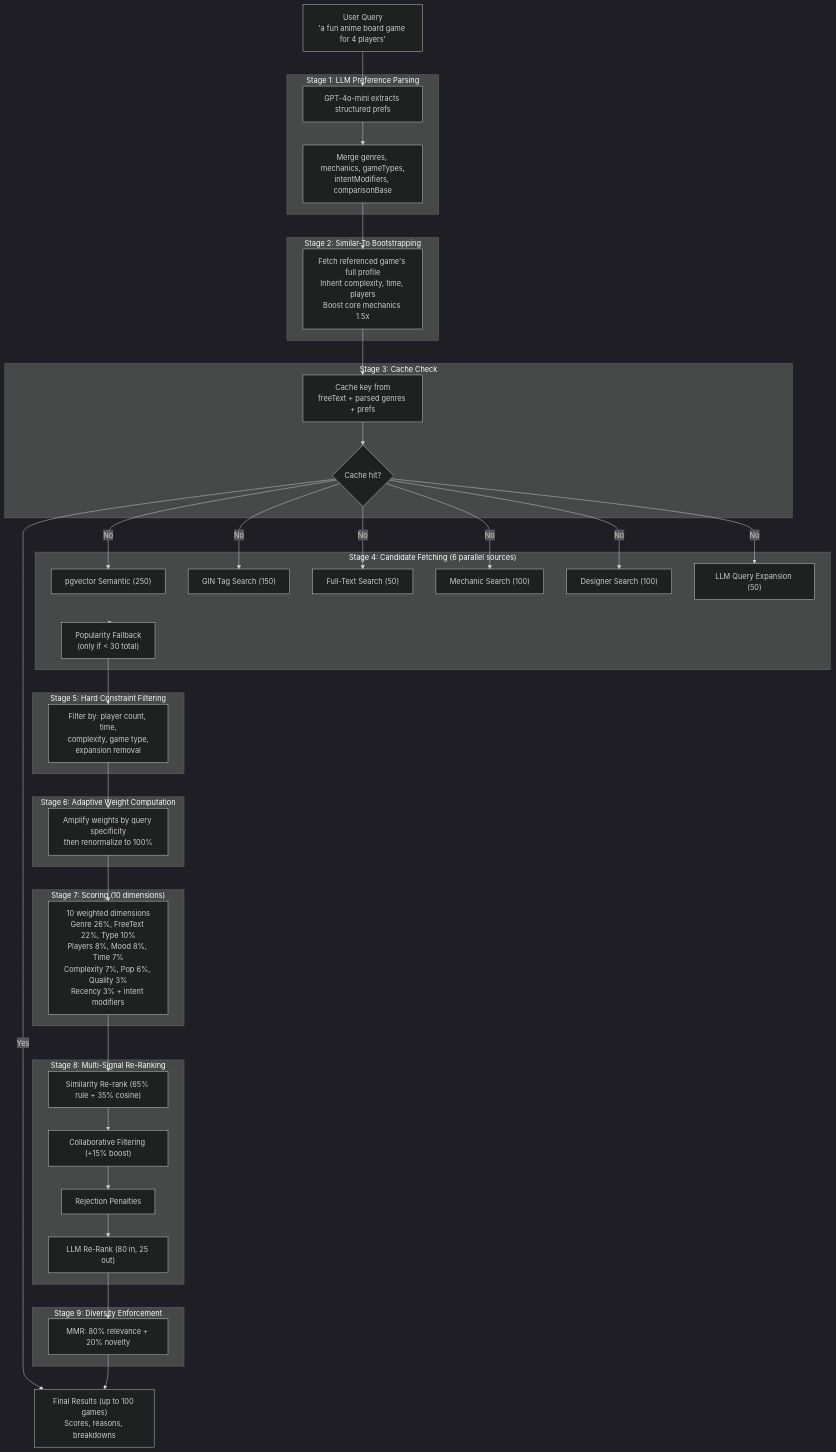
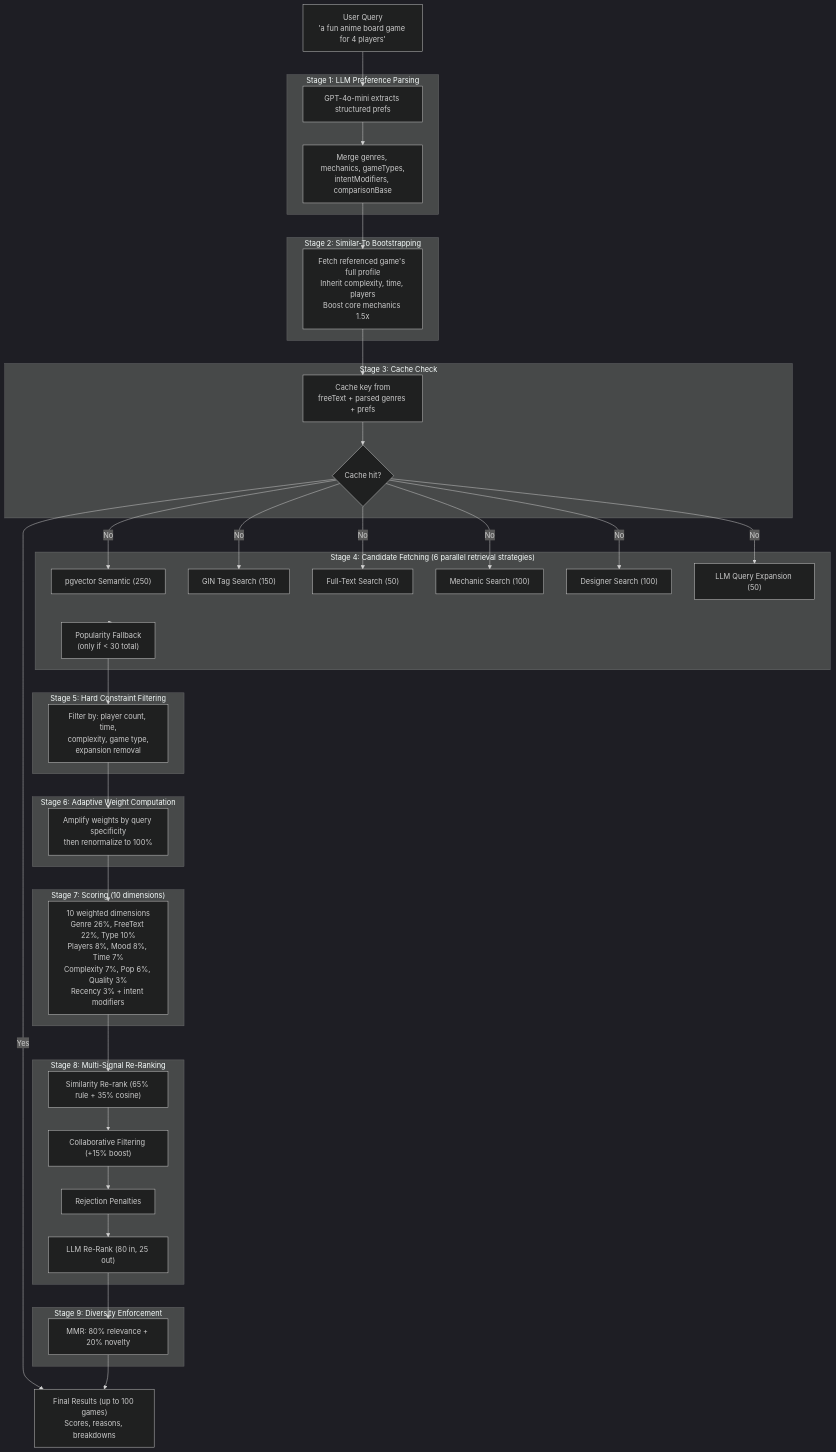
The second of 7 diagrams in docs/ARCHITECTURE.md (stopitdan/recommendagame), drawn with Mermaid (dark theme) before and after one commit. The commit also changed other lines of this file and 11 other files, not shown here.

````diff
--- a/docs/ARCHITECTURE.md
+++ b/docs/ARCHITECTURE.md
@@ -82,59 +85,59 @@
 ```mermaid
 flowchart TD
     INPUT["User Query<br/>'a fun anime board game for 4 players'"]
 
     subgraph S1["Stage 1: LLM Preference Parsing"]
         LLM["GPT-4o-mini extracts structured prefs"]
         MERGE["Merge genres, mechanics, gameTypes,<br/>intentModifiers, comparisonBase"]
     end
 
     subgraph S2["Stage 2: Similar-To Bootstrapping"]
         BOOT["Fetch referenced game's full profile<br/>Inherit complexity, time, players<br/>Boost core mechanics 1.5x"]
     end
 
     subgraph S3["Stage 3: Cache Check"]
         KEY["Cache key from<br/>freeText + parsed genres + prefs"]
         HIT{Cache hit?}
     end
 
-    subgraph S4["Stage 4: Candidate Fetching (6 parallel sources)"]
+    subgraph S4["Stage 4: Candidate Fetching (6 parallel retrieval strategies)"]
         VEC["pgvector Semantic (250)"]
         TAG["GIN Tag Search (150)"]
         TXT["Full-Text Search (50)"]
         MECH["Mechanic Search (100)"]
         DES["Designer Search (100)"]
         EXP["LLM Query Expansion (50)"]
         FALLBACK["Popularity Fallback<br/>(only if < 30 total)"]
     end
 
     subgraph S5["Stage 5: Hard Constraint Filtering"]
         FILT["Filter by: player count, time,<br/>complexity, game type,<br/>expansion removal"]
     end
 
     subgraph S6["Stage 6: Adaptive Weight Computation"]
         AW["Amplify weights by query specificity<br/>then renormalize to 100%"]
     end
 
     subgraph S7["Stage 7: Scoring (10 dimensions)"]
         S_ALL["10 weighted dimensions<br/>Genre 26%, FreeText 22%, Type 10%<br/>Players 8%, Mood 8%, Time 7%<br/>Complexity 7%, Pop 6%, Quality 3%<br/>Recency 3% + intent modifiers"]
     end
 
     subgraph S8["Stage 8: Multi-Signal Re-Ranking"]
         SIM["Similarity Re-rank (65% rule + 35% cosine)"]
         CF["Collaborative Filtering (+15% boost)"]
         REJ["Rejection Penalties"]
         RERANK["LLM Re-Rank (80 in, 25 out)"]
     end
 
     subgraph S9["Stage 9: Diversity Enforcement"]
         DIV["MMR: 80% relevance + 20% novelty"]
     end
 
     OUTPUT["Final Results (up to 100 games)<br/>Scores, reasons, breakdowns"]
 
     INPUT --> LLM --> MERGE --> BOOT --> KEY --> HIT
     HIT -->|Yes| OUTPUT
     HIT -->|No| VEC & TAG & TXT & MECH & DES & EXP
     S4 --> FALLBACK --> FILT --> AW --> S_ALL
     S_ALL --> SIM --> CF --> REJ --> RERANK --> DIV --> OUTPUT
 ```
````
